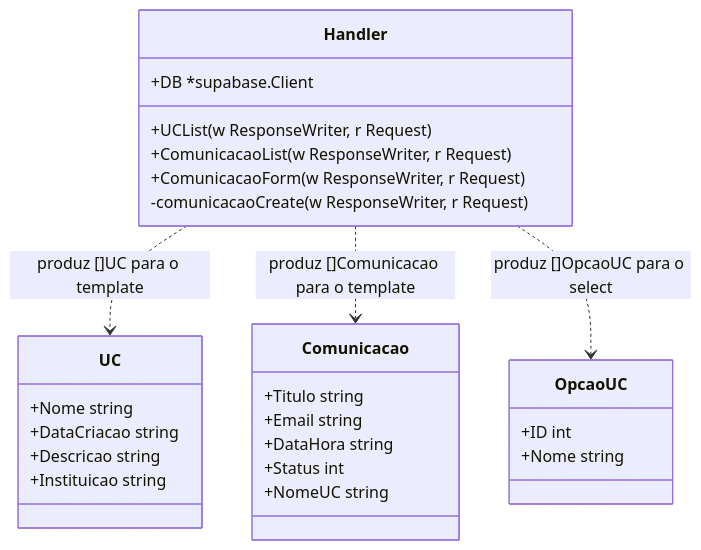
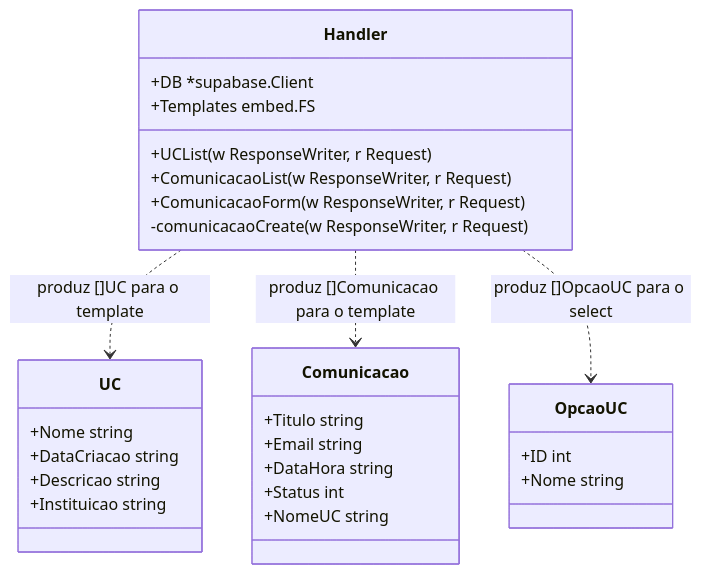
The first of 2 diagrams in README.md (marcusteixeirabr/uc), drawn with Mermaid before and after one commit. The commit also changed other lines of this file, not shown here.

First line of the commit message:
docs: atualiza README com 8 tutoriais, goose, embed, Windows e roadmap

````diff
--- a/README.md
+++ b/README.md
@@ -81,34 +81,35 @@
 ```mermaid
 classDiagram
     class Handler {
         +DB *supabase.Client
+        +Templates embed.FS
         +UCList(w ResponseWriter, r Request)
         +ComunicacaoList(w ResponseWriter, r Request)
         +ComunicacaoForm(w ResponseWriter, r Request)
         -comunicacaoCreate(w ResponseWriter, r Request)
     }
 
     class UC {
         +Nome string
         +DataCriacao string
         +Descricao string
         +Instituicao string
     }
 
     class Comunicacao {
         +Titulo string
         +Email string
         +DataHora string
         +Status int
         +NomeUC string
     }
 
     class OpcaoUC {
         +ID int
         +Nome string
     }
 
     Handler ..> UC : produz []UC para o template
     Handler ..> Comunicacao : produz []Comunicacao para o template
     Handler ..> OpcaoUC : produz []OpcaoUC para o select
 ```
````
